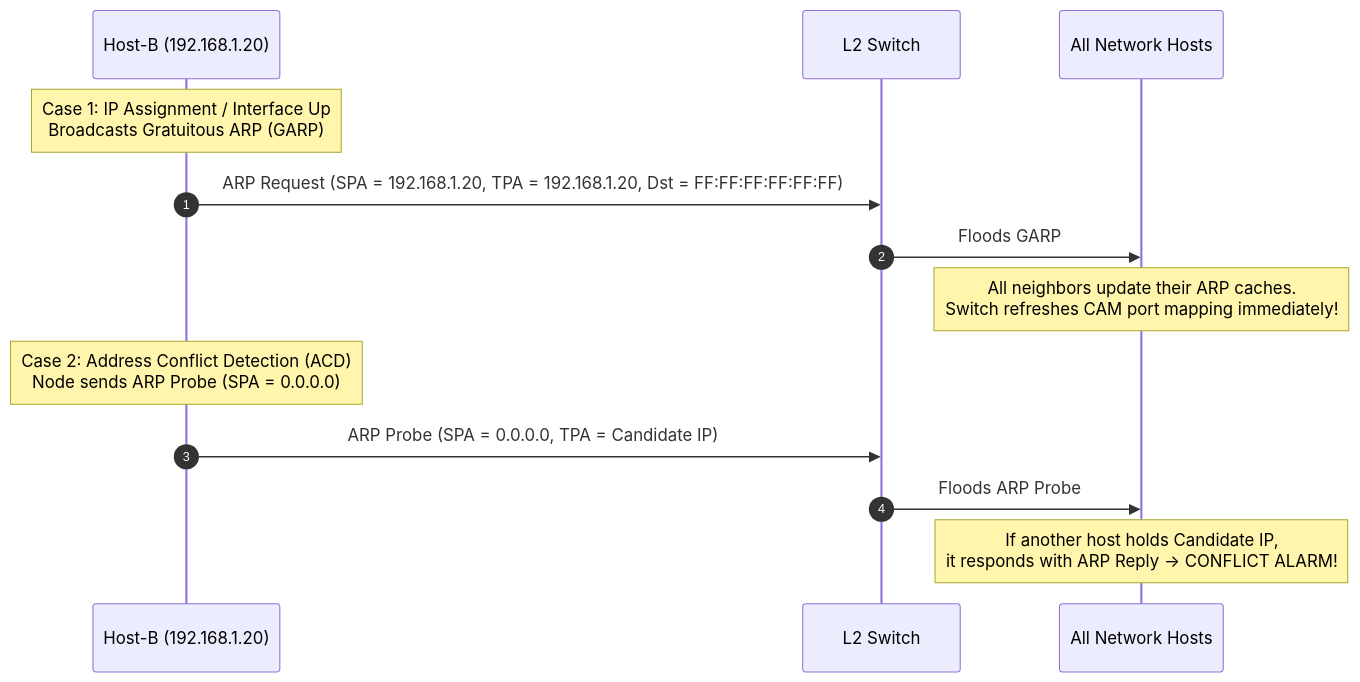
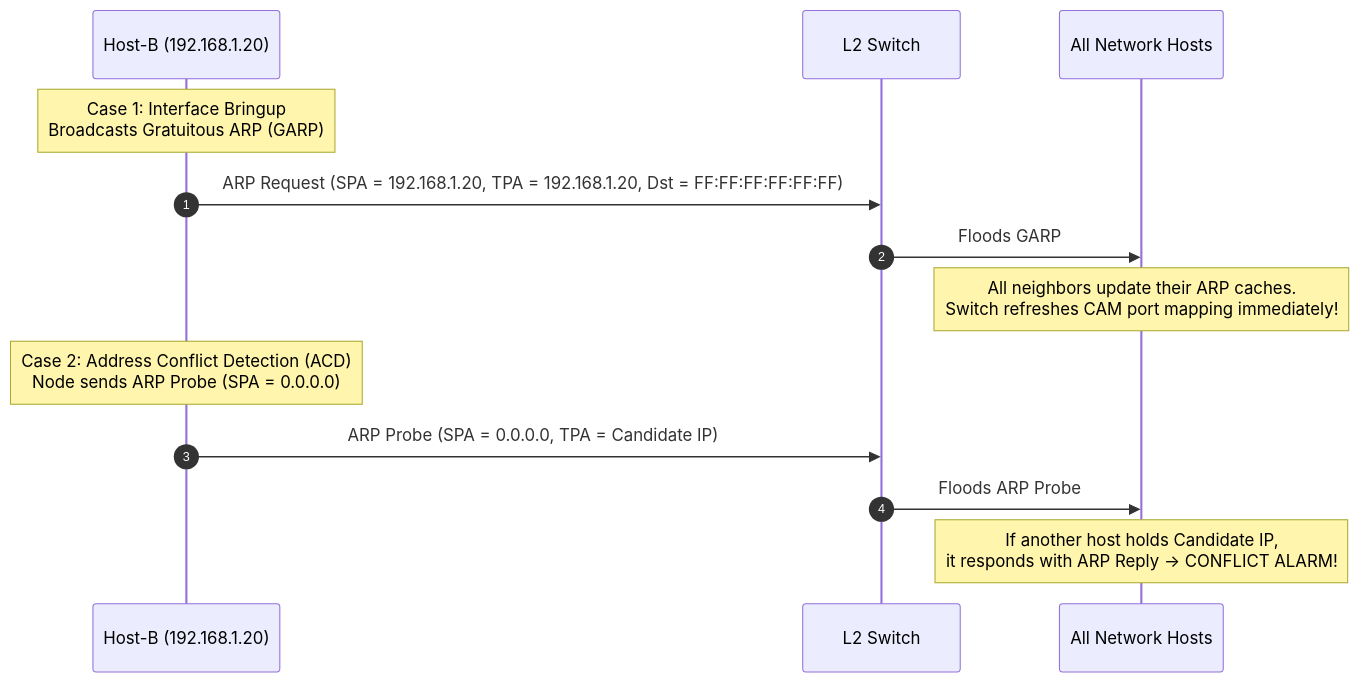
The third of 11 diagrams in ARP/PROJECT_GUIDE_AND_VISUALIZATION.md (Aricode2005/CN-Project), drawn with Mermaid before and after one commit. The commit also changed other lines of this file and 22 other files, not shown here.

````diff
--- a/ARP/PROJECT_GUIDE_AND_VISUALIZATION.md
+++ b/ARP/PROJECT_GUIDE_AND_VISUALIZATION.md
@@ -135,17 +170,17 @@
 ```mermaid
 sequenceDiagram
     autonumber
     participant Node as Host-B (192.168.1.20)
     participant SW as L2 Switch
     participant LAN as All Network Hosts
 
-    Note over Node: Case 1: IP Assignment / Interface Up<br/>Broadcasts Gratuitous ARP (GARP)
+    Note over Node: Case 1: Interface Bringup<br/>Broadcasts Gratuitous ARP (GARP)
     Node->>SW: ARP Request (SPA = 192.168.1.20, TPA = 192.168.1.20, Dst = FF:FF:FF:FF:FF:FF)
     SW->>LAN: Floods GARP
     Note over LAN: All neighbors update their ARP caches.<br/>Switch refreshes CAM port mapping immediately!
 
     Note over Node: Case 2: Address Conflict Detection (ACD)<br/>Node sends ARP Probe (SPA = 0.0.0.0)
     Node->>SW: ARP Probe (SPA = 0.0.0.0, TPA = Candidate IP)
     SW->>LAN: Floods ARP Probe
     Note over LAN: If another host holds Candidate IP,<br/>it responds with ARP Reply -> CONFLICT ALARM!
 ```
````
